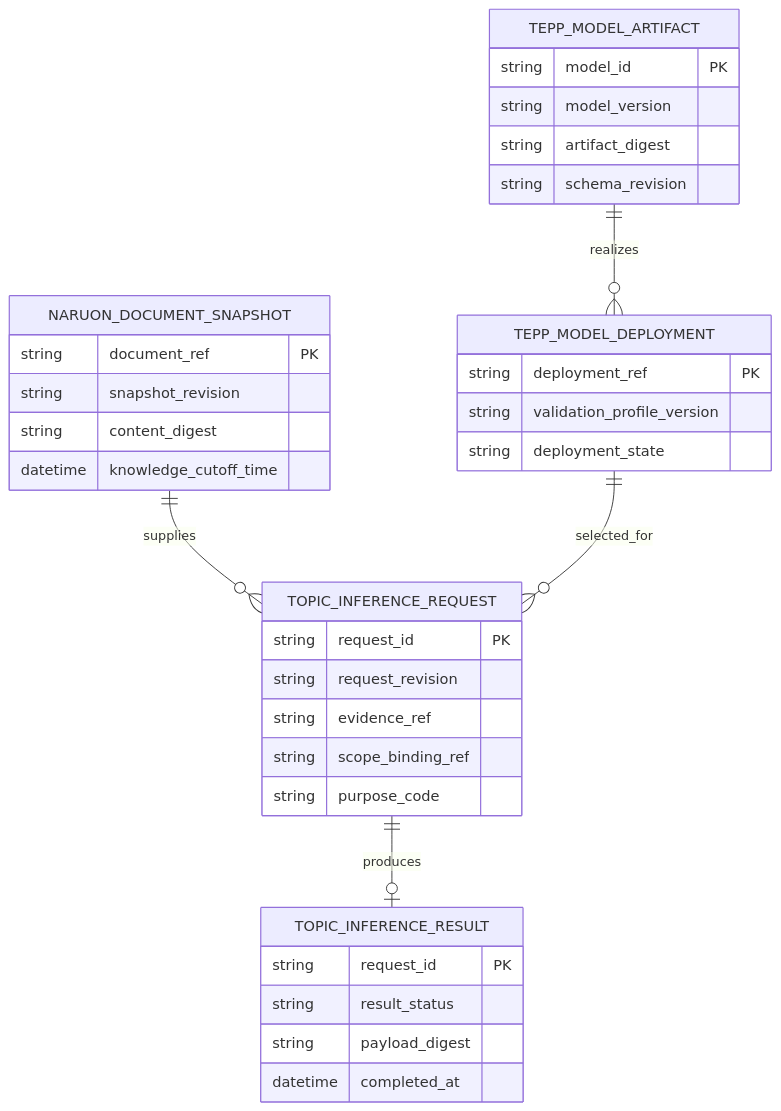
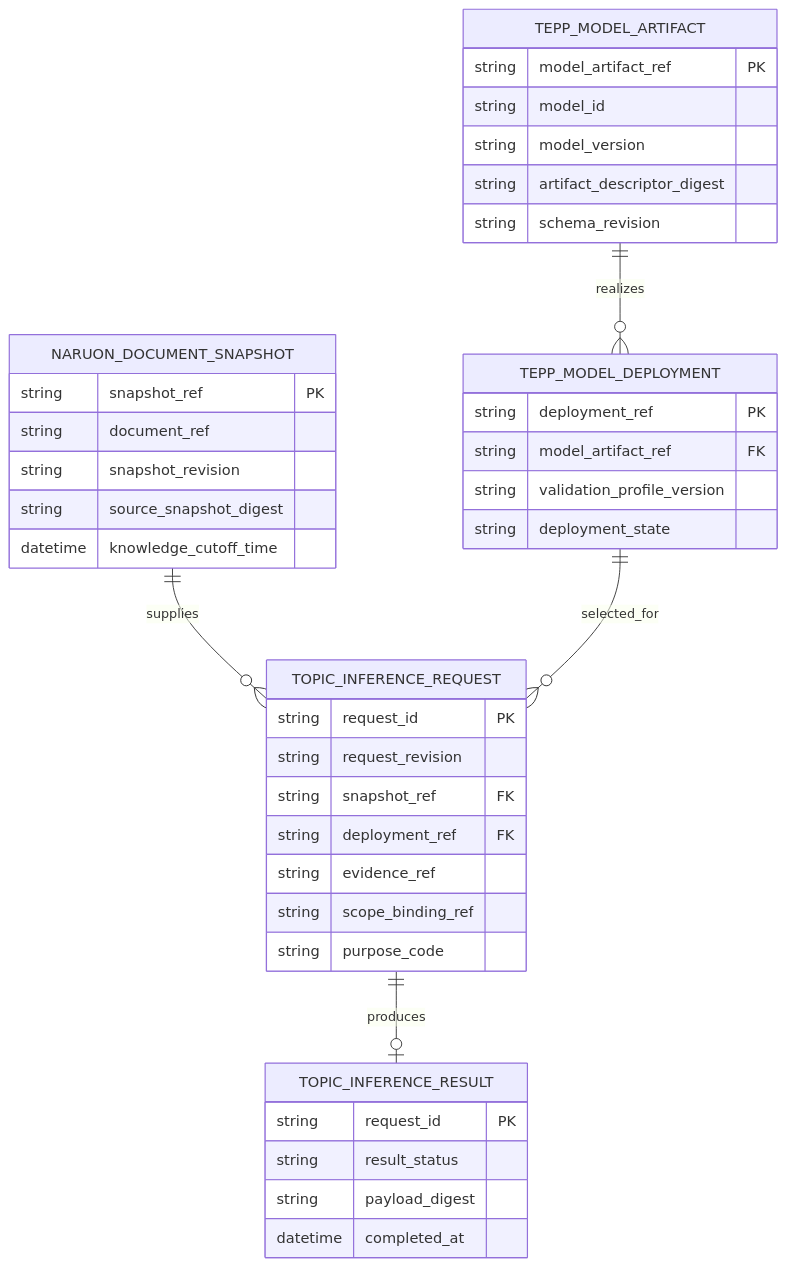
Before and after one commit to ContextualWisdomLab/naruon: the first of 3 diagrams in docs/topic-intelligence/DATA_MODEL.md, drawn with Mermaid. The commit also changed other lines of this file and 5 other files, not shown here.

````diff
--- a/docs/topic-intelligence/DATA_MODEL.md
+++ b/docs/topic-intelligence/DATA_MODEL.md
@@ -24,38 +24,43 @@
 ```mermaid
 erDiagram
     NARUON_DOCUMENT_SNAPSHOT ||--o{ TOPIC_INFERENCE_REQUEST : supplies
     TEPP_MODEL_ARTIFACT ||--o{ TEPP_MODEL_DEPLOYMENT : realizes
     TEPP_MODEL_DEPLOYMENT ||--o{ TOPIC_INFERENCE_REQUEST : selected_for
     TOPIC_INFERENCE_REQUEST ||--o| TOPIC_INFERENCE_RESULT : produces
 
     NARUON_DOCUMENT_SNAPSHOT {
-        string document_ref PK
+        string snapshot_ref PK
+        string document_ref
         string snapshot_revision
-        string content_digest
+        string source_snapshot_digest
         datetime knowledge_cutoff_time
     }
     TOPIC_INFERENCE_REQUEST {
         string request_id PK
         string request_revision
+        string snapshot_ref FK
+        string deployment_ref FK
         string evidence_ref
         string scope_binding_ref
         string purpose_code
     }
     TEPP_MODEL_ARTIFACT {
-        string model_id PK
+        string model_artifact_ref PK
+        string model_id
         string model_version
-        string artifact_digest
+        string artifact_descriptor_digest
         string schema_revision
     }
     TEPP_MODEL_DEPLOYMENT {
         string deployment_ref PK
+        string model_artifact_ref FK
         string validation_profile_version
         string deployment_state
     }
     TOPIC_INFERENCE_RESULT {
         string request_id PK
         string result_status
         string payload_digest
         datetime completed_at
     }
 ```
````
